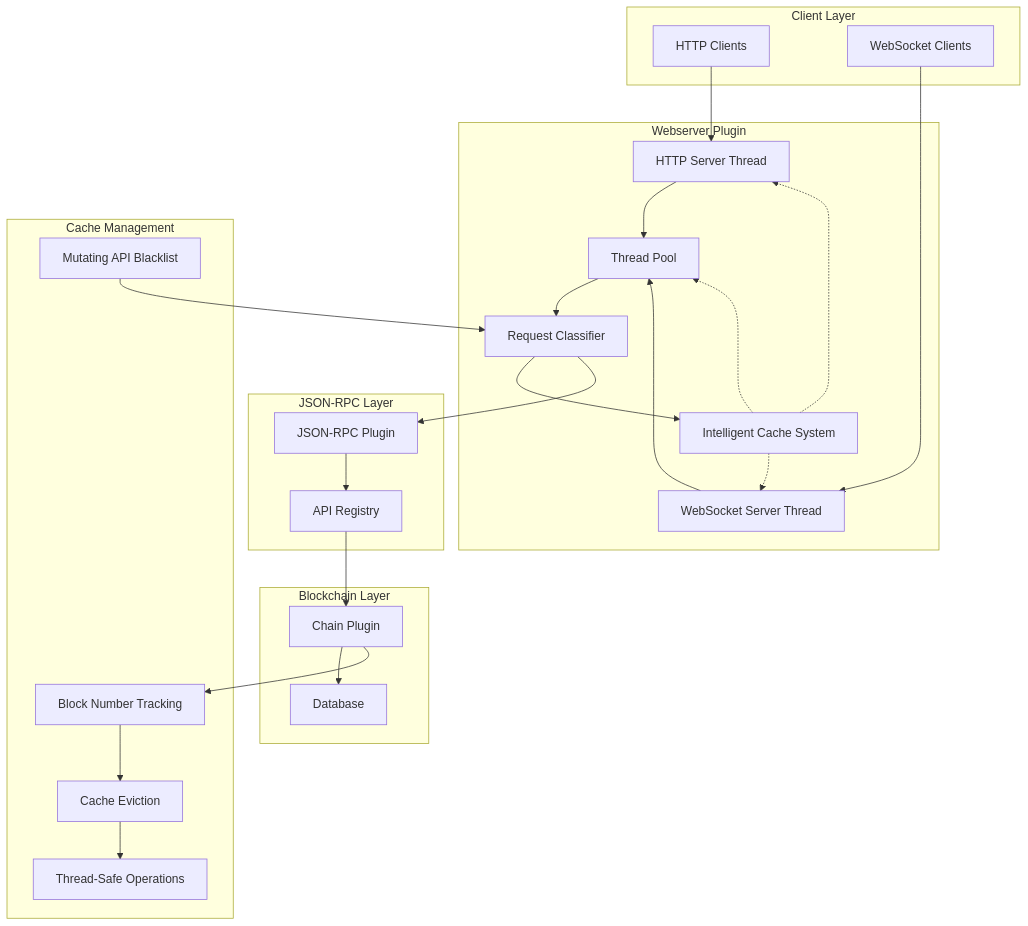
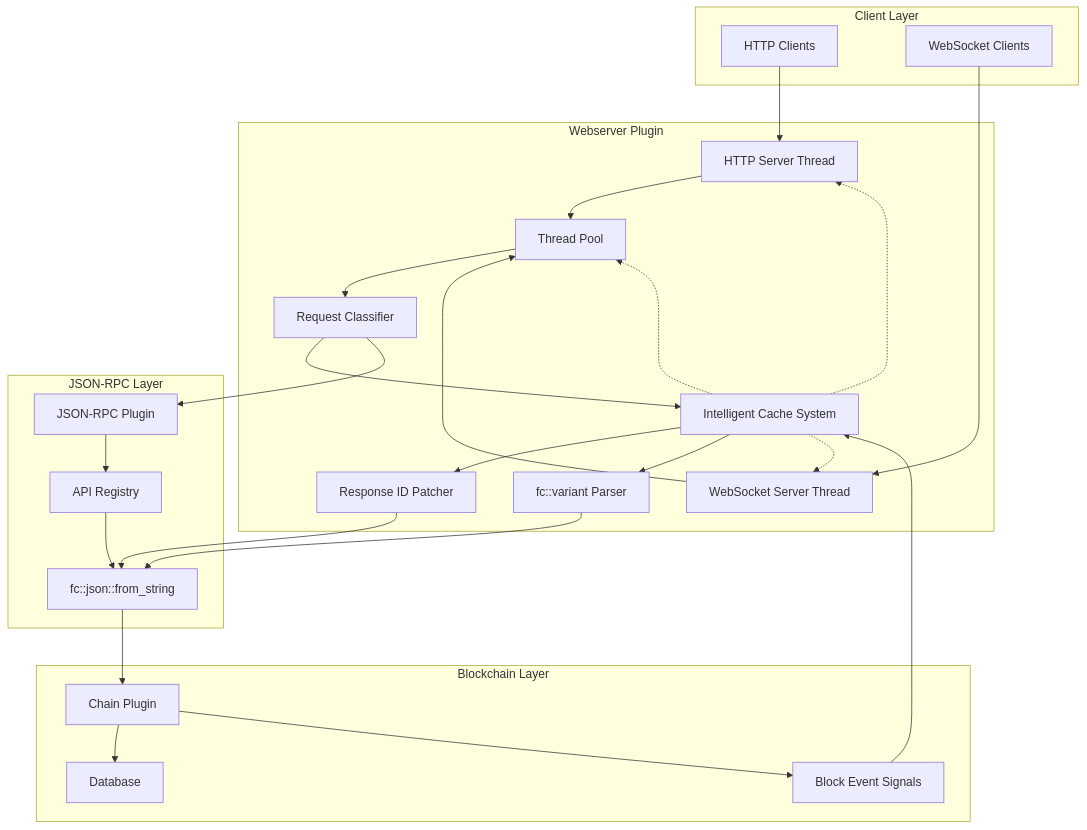
Before and after one commit to VIZ-Blockchain/viz-cpp-node: the second of 12 diagrams in .qoder/repowiki/en/content/Webserver Plugin.md, drawn with Mermaid. The commit also changed other lines of this file and 1 other file, not shown here.

First line of the commit message:
perf(webserver): improve JSON-RPC caching with fc::variant-based parsing

````diff
--- a/.qoder/repowiki/en/content/Webserver Plugin.md
+++ b/.qoder/repowiki/en/content/Webserver Plugin.md
@@ -95,45 +97,46 @@
 ```mermaid
 graph TB
 subgraph "Client Layer"
 A[HTTP Clients]
 B[WebSocket Clients]
 end
 subgraph "Webserver Plugin"
 C[HTTP Server Thread]
 D[WebSocket Server Thread]
 E[Thread Pool]
 F[Intelligent Cache System]
 G[Request Classifier]
+H[fc::variant Parser]
+I[Response ID Patcher]
 end
 subgraph "JSON-RPC Layer"
-H[JSON-RPC Plugin]
-I[API Registry]
+J[JSON-RPC Plugin]
+K[API Registry]
+L[fc::json::from_string]
 end
 subgraph "Blockchain Layer"
-J[Chain Plugin]
-K[Database]
+M[Chain Plugin]
+N[Database]
+O[Block Event Signals]
 end
 A --> C
 B --> D
 C --> E
 D --> E
 E --> G
 G --> F
+F --> I
+F --> H
+H --> L
+I --> L
 F -.-> C
 F -.-> D
 F -.-> E
-G --> H
-H --> I
-I --> J
+G --> J
 J --> K
-subgraph "Cache Management"
-L[Block Number Tracking]
-M[Cache Eviction]
-N[Thread-Safe Operations]
-O[Mutating API Blacklist]
-end
-J --> L
+K --> L
 L --> M
 M --> N
-O --> G
+M --> O
+O --> F
 ```
````
